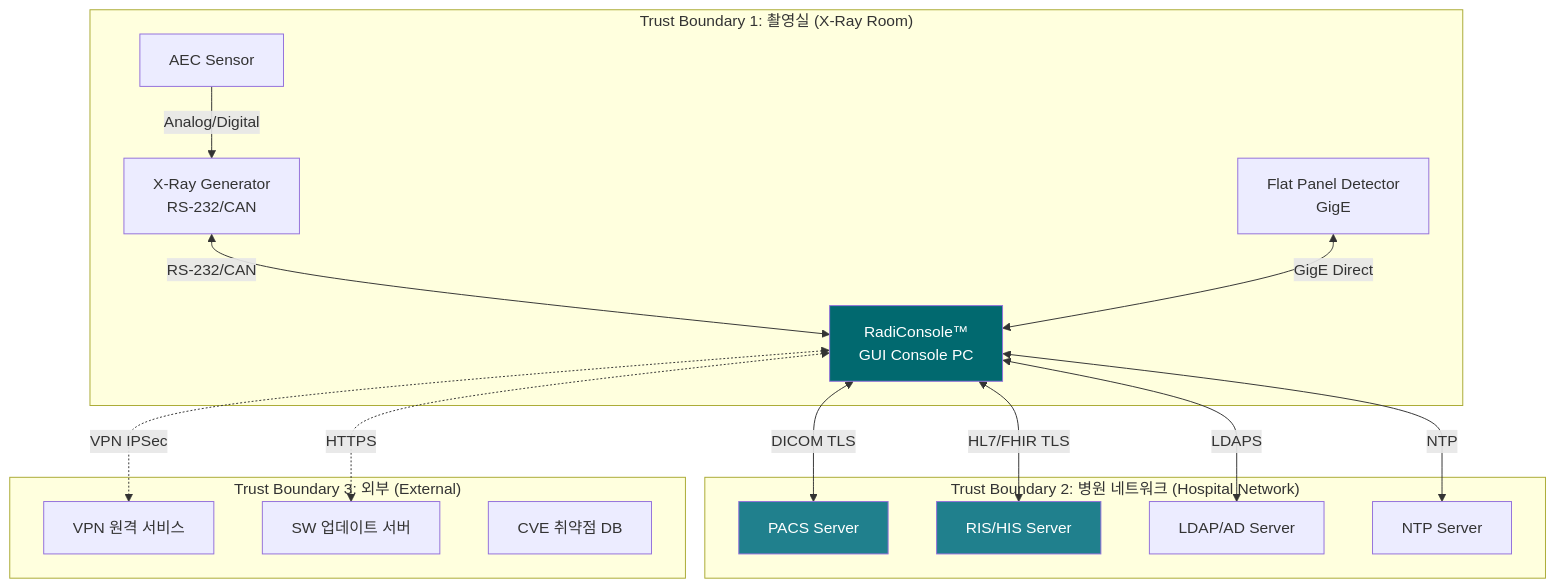
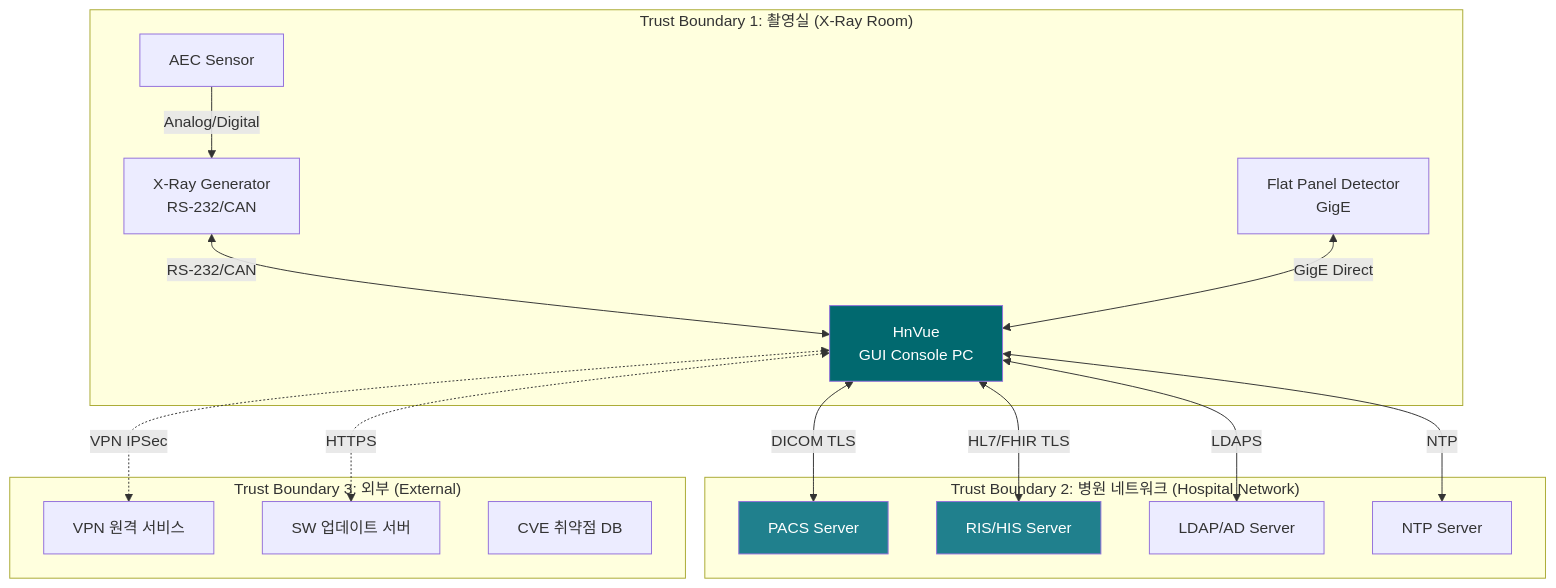
Before and after one commit to holee9/console-gui: the first of 7 diagrams in docs/risk/DOC-017_ThreatModel_v1.0.md, drawn with Mermaid. The commit also changed other lines of this file and 34 other files, not shown here.

First line of the commit message:
fix: RadiConsole → HnVue 전체 일괄 변경 (35개 파일, 300건+)

````diff
--- a/docs/risk/DOC-017_ThreatModel_v1.0.md
+++ b/docs/risk/DOC-017_ThreatModel_v1.0.md
@@ -94,34 +94,34 @@
 ```mermaid
 graph TB
     subgraph "Trust Boundary 1: 촬영실 (X-Ray Room)"
         XGEN[X-Ray Generator<br/>RS-232/CAN]
         DET[Flat Panel Detector<br/>GigE]
-        CON[RadiConsole™<br/>GUI Console PC]
+        CON[HnVue<br/>GUI Console PC]
         AEC[AEC Sensor]
     end
     subgraph "Trust Boundary 2: 병원 네트워크 (Hospital Network)"
         PACS[PACS Server]
         RIS[RIS/HIS Server]
         LDAP[LDAP/AD Server]
         NTP[NTP Server]
     end
     subgraph "Trust Boundary 3: 외부 (External)"
         VPN[VPN 원격 서비스]
         UPD[SW 업데이트 서버]
         CVE[CVE 취약점 DB]
     end
     
     XGEN <-->|RS-232/CAN| CON
     DET <-->|GigE Direct| CON
     AEC -->|Analog/Digital| XGEN
     CON <-->|DICOM TLS| PACS
     CON <-->|HL7/FHIR TLS| RIS
     CON <-->|LDAPS| LDAP
     CON <-->|NTP| NTP
     CON <-.->|VPN IPSec| VPN
     CON <-.->|HTTPS| UPD
     
     style CON fill:#01696F,color:#fff
     style PACS fill:#20808D,color:#fff
     style RIS fill:#20808D,color:#fff
 ```
````
